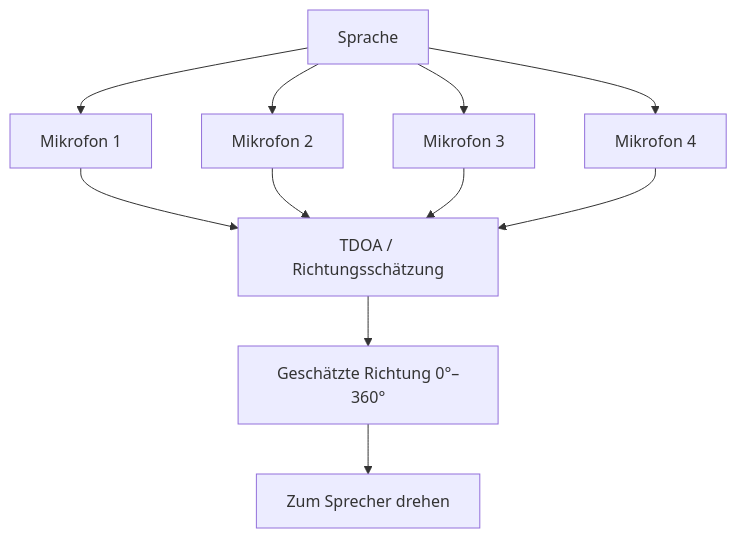
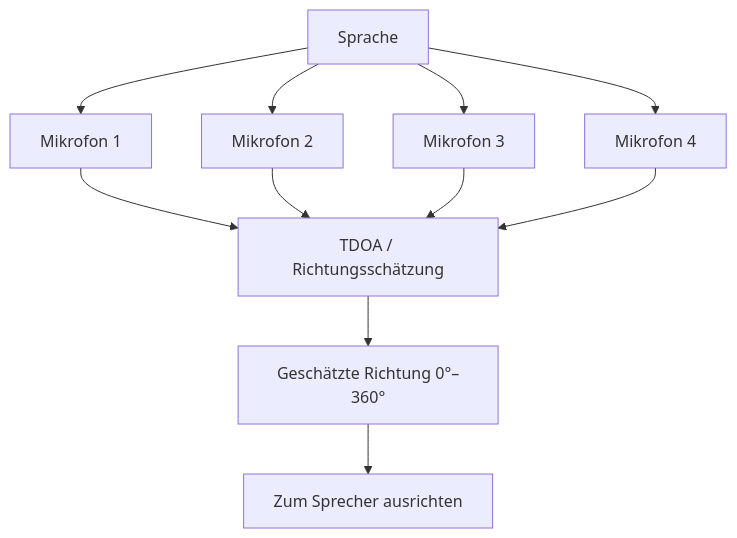
One commit to tahakubilay/Aura changed the second of 2 diagrams in README.de.md. Above: the diagram before and after it, drawn with Mermaid. The commit also changed other lines of this file, not shown here.

````diff
--- a/README.de.md
+++ b/README.de.md
@@ -108,13 +58,13 @@
 ```mermaid
 flowchart TD
     S[Sprache] --> M1[Mikrofon 1]
     S --> M2[Mikrofon 2]
     S --> M3[Mikrofon 3]
     S --> M4[Mikrofon 4]
     M1 --> T[TDOA / Richtungsschätzung]
     M2 --> T
     M3 --> T
     M4 --> T
     T --> A[Geschätzte Richtung 0°–360°]
-    A --> R[Zum Sprecher drehen]
+    A --> R[Zum Sprecher ausrichten]
 ```
````
